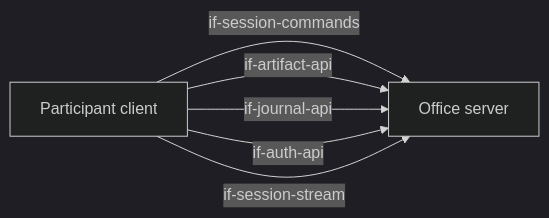
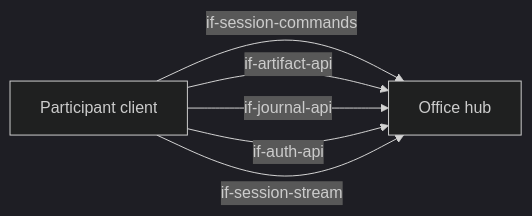
The first of 3 diagrams in docs/architecture/05-building-blocks.arc42.md (mrsimpson/agentic-office), drawn with Mermaid (dark theme) before and after one commit. The commit also changed other lines of this file and 120 other files, not shown here.

First line of the commit message:
Rename the office server to office hub

````diff
--- a/docs/architecture/05-building-blocks.arc42.md
+++ b/docs/architecture/05-building-blocks.arc42.md
@@ -24,10 +24,10 @@
 ```mermaid
 flowchart LR
-    bb_office_server[Office server]
+    bb_office_hub[Office hub]
     bb_participant_client[Participant client]
-    bb_participant_client -->|if-session-commands| bb_office_server
-    bb_participant_client -->|if-artifact-api| bb_office_server
-    bb_participant_client -->|if-journal-api| bb_office_server
-    bb_participant_client -->|if-auth-api| bb_office_server
-    bb_participant_client -->|if-session-stream| bb_office_server
+    bb_participant_client -->|if-session-commands| bb_office_hub
+    bb_participant_client -->|if-artifact-api| bb_office_hub
+    bb_participant_client -->|if-journal-api| bb_office_hub
+    bb_participant_client -->|if-auth-api| bb_office_hub
+    bb_participant_client -->|if-session-stream| bb_office_hub
 ```
````
